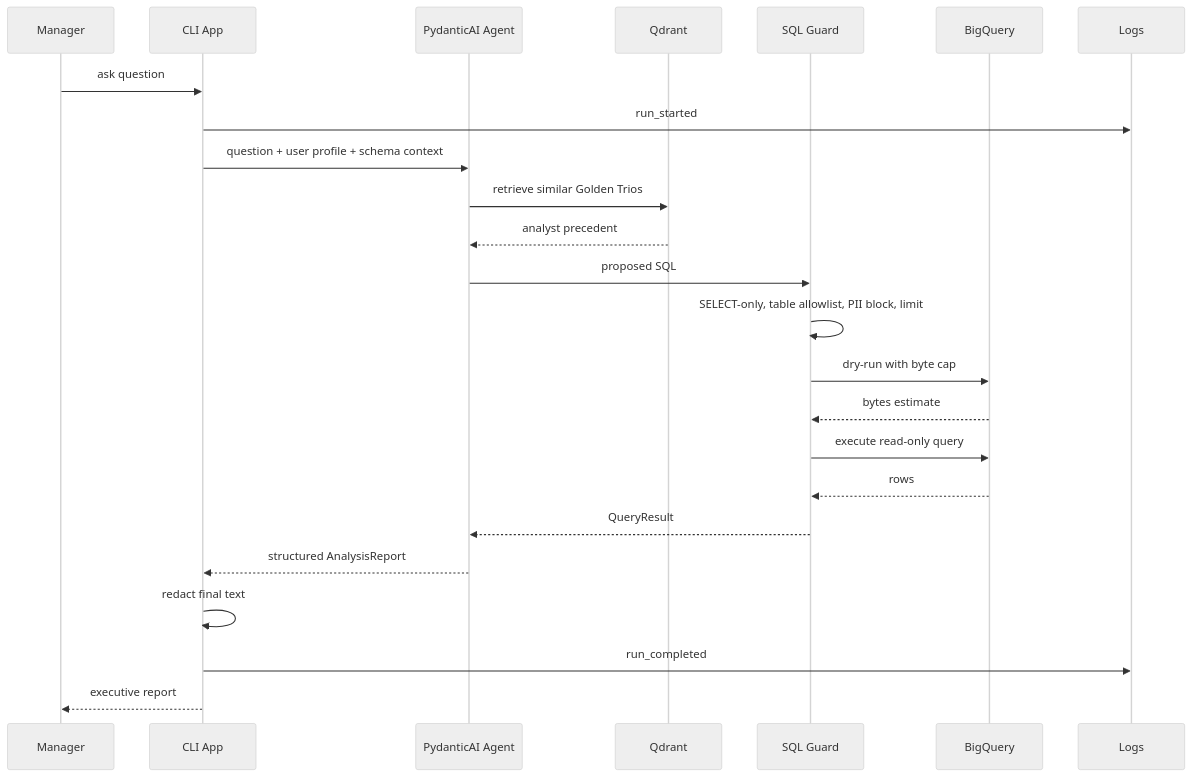
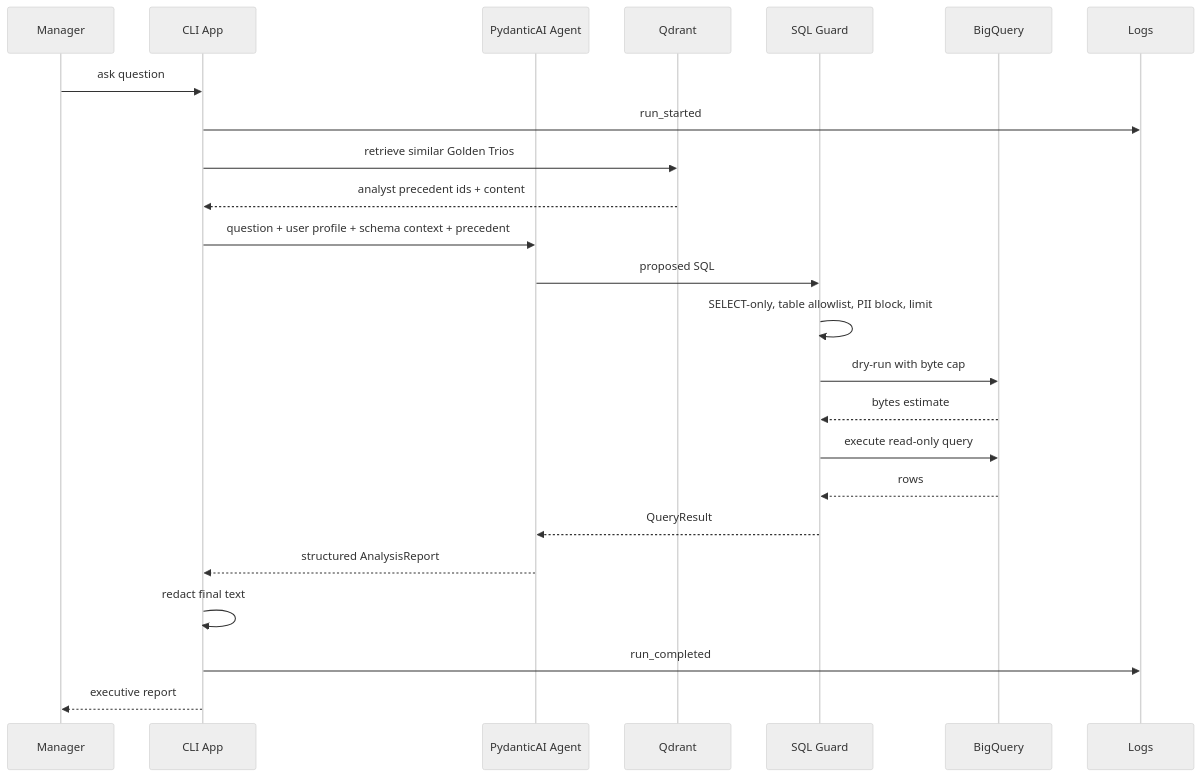
One commit to eugenenazirov/data-analysis-chat-assistant changed the second of 2 diagrams in docs/architecture.md. Above: the diagram before and after it, drawn with Mermaid (neutral theme). The commit also changed other lines of this file and 4 other files, not shown here.

````diff
--- a/docs/architecture.md
+++ b/docs/architecture.md
@@ -24,27 +24,27 @@
 ```mermaid
 sequenceDiagram
     participant U as Manager
     participant CLI as CLI App
     participant A as PydanticAI Agent
     participant Q as Qdrant
     participant G as SQL Guard
     participant B as BigQuery
     participant L as Logs
 
     U->>CLI: ask question
     CLI->>L: run_started
-    CLI->>A: question + user profile + schema context
-    A->>Q: retrieve similar Golden Trios
-    Q-->>A: analyst precedent
+    CLI->>Q: retrieve similar Golden Trios
+    Q-->>CLI: analyst precedent ids + content
+    CLI->>A: question + user profile + schema context + precedent
     A->>G: proposed SQL
     G->>G: SELECT-only, table allowlist, PII block, limit
     G->>B: dry-run with byte cap
     B-->>G: bytes estimate
     G->>B: execute read-only query
     B-->>G: rows
     G-->>A: QueryResult
     A-->>CLI: structured AnalysisReport
     CLI->>CLI: redact final text
     CLI->>L: run_completed
     CLI-->>U: executive report
 ```
````
